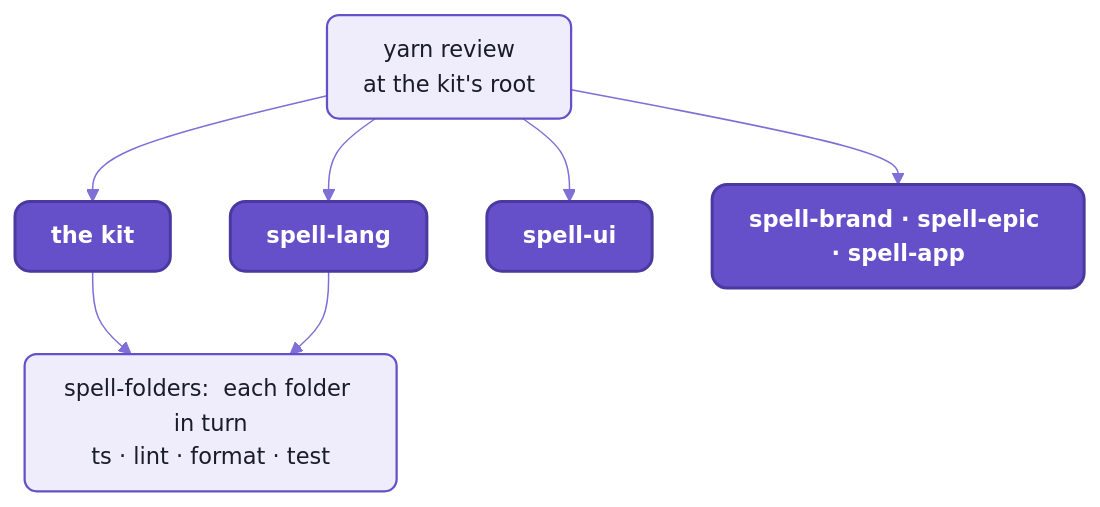
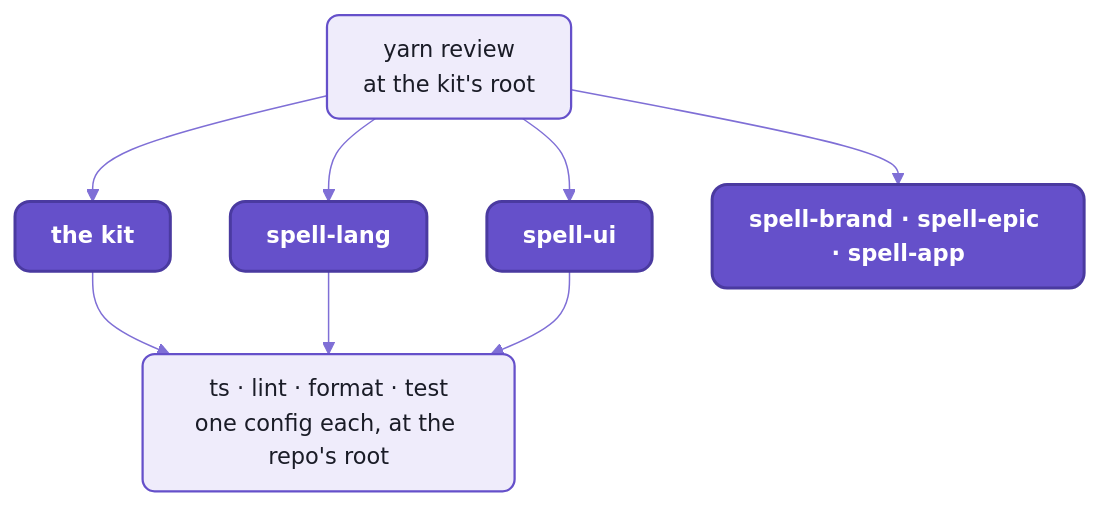
One commit to spell-app/spell changed the first of 2 diagrams in README-toolchain.md. Above: the diagram before and after it, drawn with Mermaid. The commit also changed other lines of this file and 441 other files, not shown here.

First line of the commit message:
repo-split P14, J144-J150, J163, J174, J175:  one src/ for the kit, imports by package name, no $/

````diff
--- a/README-toolchain.md
+++ b/README-toolchain.md
@@ -17,14 +17,15 @@
 ```mermaid
 %%{init: {"theme":"base","themeVariables":{"fontFamily":"-apple-system, BlinkMacSystemFont, Segoe UI, Helvetica, Arial, sans-serif","fontSize":"15px","primaryColor":"#EFECFB","primaryBorderColor":"#6550CA","primaryTextColor":"#1A1C27","secondaryColor":"#F4F1E9","tertiaryColor":"#F7F6FC","lineColor":"#7F6FD6","textColor":"#7F6FD6","clusterBkg":"#F7F6FC","clusterBorder":"#B9B0E8","titleColor":"#1A1C27","edgeLabelBackground":"#F7F6FC","actorBkg":"#EFECFB","actorBorder":"#6550CA","actorTextColor":"#1A1C27","actorLineColor":"#9C90DE","signalColor":"#7F6FD6","signalTextColor":"#7F6FD6","labelBoxBkgColor":"#EFECFB","labelBoxBorderColor":"#6550CA","labelTextColor":"#1A1C27","loopTextColor":"#7F6FD6","noteBkgColor":"#F1E7D4","noteBorderColor":"#C9B48A","noteTextColor":"#1A1C27","activationBkgColor":"#DCD6F7","activationBorderColor":"#6550CA","sequenceNumberColor":"#FFFFFF"},"flowchart":{"curve":"basis","padding":12,"nodeSpacing":40,"rankSpacing":44}}}%%
 flowchart TB
   review["yarn review<br/>at the kit's root"] --> kit[the kit]
   review --> lang[spell-lang]
   review --> ui[spell-ui]
   review --> more["spell-brand · spell-epic · spell-app"]
-  kit --> folders["spell-folders:  each folder in turn<br/>ts · lint · format · test"]
-  lang --> folders
+  kit --> checks["ts · lint · format · test<br/>one config each, at the repo's root"]
+  lang --> checks
+  ui --> checks
   %% the Spell look:  yarn mermaid:pretty
   classDef default fill:#EFECFB,stroke:#6550CA,stroke-width:1.5px,color:#1A1C27,rx:8px,ry:8px
   classDef repo fill:#6550CA,stroke:#4A3AA0,stroke-width:2px,color:#FFFFFF,rx:10px,ry:10px,font-weight:600
   class kit,lang,ui,more repo
 ```
````
